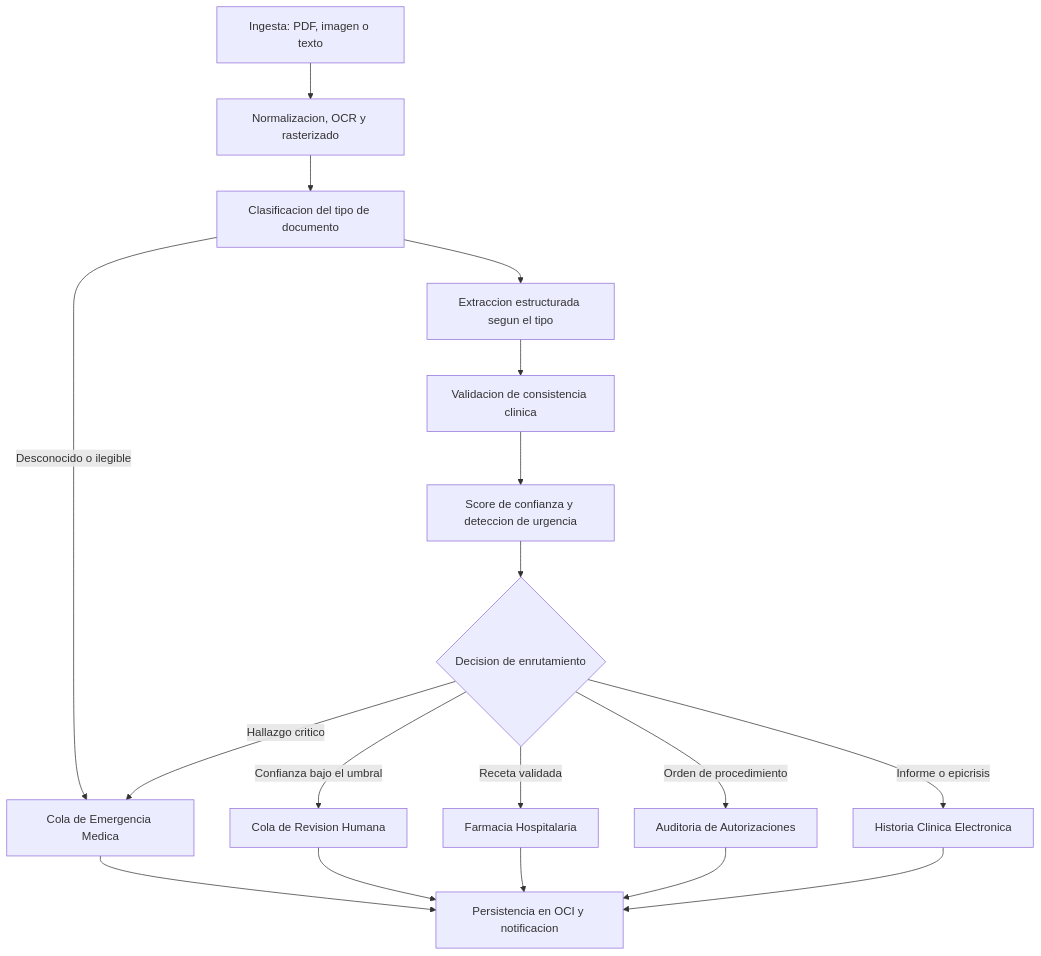
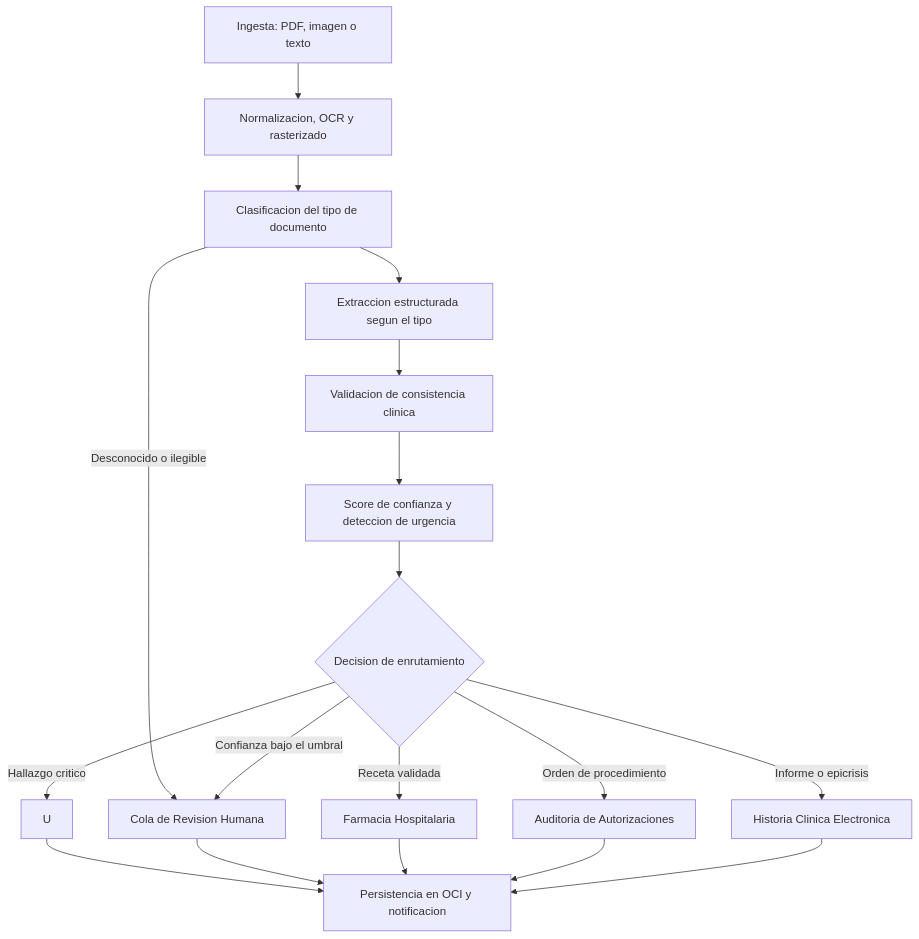
Before and after one commit to No-Country-simulation/G10-LATAM-EQUIPO-46-MediFlow: the diagram in README.md, drawn with Mermaid. The commit also changed 3 other files, not shown here.

First line of the commit message:
fix: un documento desconocido va a revision humana, no a emergencia

````diff
--- a/README.md
+++ b/README.md
@@ -35,20 +35,20 @@
 ```mermaid
 flowchart TD
   A["Ingesta: PDF, imagen o texto"] --> B["Normalizacion, OCR y rasterizado"]
   B --> C["Clasificacion del tipo de documento"]
-  C -->|"Desconocido o ilegible"| U["Cola de Emergencia Medica"]
+  C -->|"Desconocido o ilegible"| H["Cola de Revision Humana"]
   C --> D["Extraccion estructurada segun el tipo"]
   D --> E["Validacion de consistencia clinica"]
   E --> F["Score de confianza y deteccion de urgencia"]
   F --> G{"Decision de enrutamiento"}
   G -->|"Hallazgo critico"| U
   G -->|"Confianza bajo el umbral"| H["Cola de Revision Humana"]
   G -->|"Receta validada"| FA["Farmacia Hospitalaria"]
   G -->|"Orden de procedimiento"| AU["Auditoria de Autorizaciones"]
   G -->|"Informe o epicrisis"| HC["Historia Clinica Electronica"]
   U --> P["Persistencia en OCI y notificacion"]
   H --> P
   FA --> P
   AU --> P
   HC --> P
 ```
````
